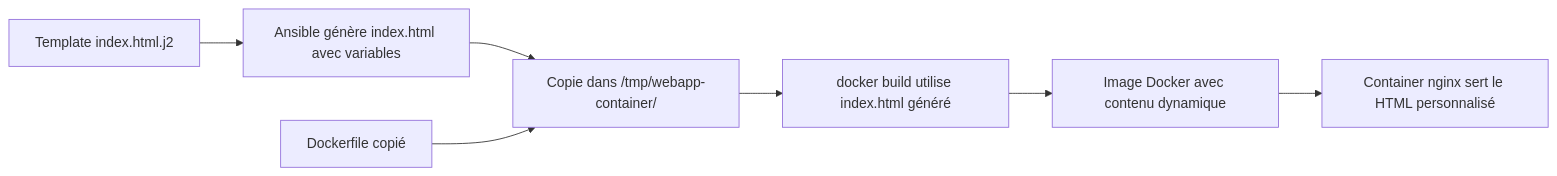
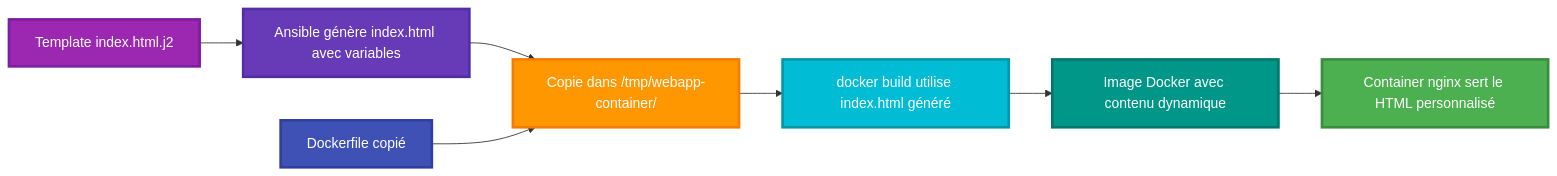
Before and after one commit to JSurquin/ansible: the first of 2 diagrams in pages/14-exercices-ansible.md, drawn with Mermaid. The commit also changed other lines of this file, not shown here.

Commit message:
update mermaid js color schema

````diff
--- a/pages/14-exercices-ansible.md
+++ b/pages/14-exercices-ansible.md
@@ -507,9 +507,17 @@
 ```mermaid
 flowchart LR
     A[Template index.html.j2] --> B[Ansible génère index.html avec variables]
     B --> C[Copie dans /tmp/webapp-container/]
     D[Dockerfile copié] --> C
     C --> E[docker build utilise index.html généré]
     E --> F[Image Docker avec contenu dynamique]
     F --> G[Container nginx sert le HTML personnalisé]
+
+    style A fill:#9c27b0,stroke:#7b1fa2,stroke-width:3px,color:#fff
+    style B fill:#673ab7,stroke:#512da8,stroke-width:3px,color:#fff
+    style C fill:#ff9800,stroke:#f57c00,stroke-width:3px,color:#fff
+    style D fill:#3f51b5,stroke:#303f9f,stroke-width:3px,color:#fff
+    style E fill:#00bcd4,stroke:#0097a7,stroke-width:3px,color:#fff
+    style F fill:#009688,stroke:#00796b,stroke-width:3px,color:#fff
+    style G fill:#4caf50,stroke:#388e3c,stroke-width:3px,color:#fff
 ```
````
